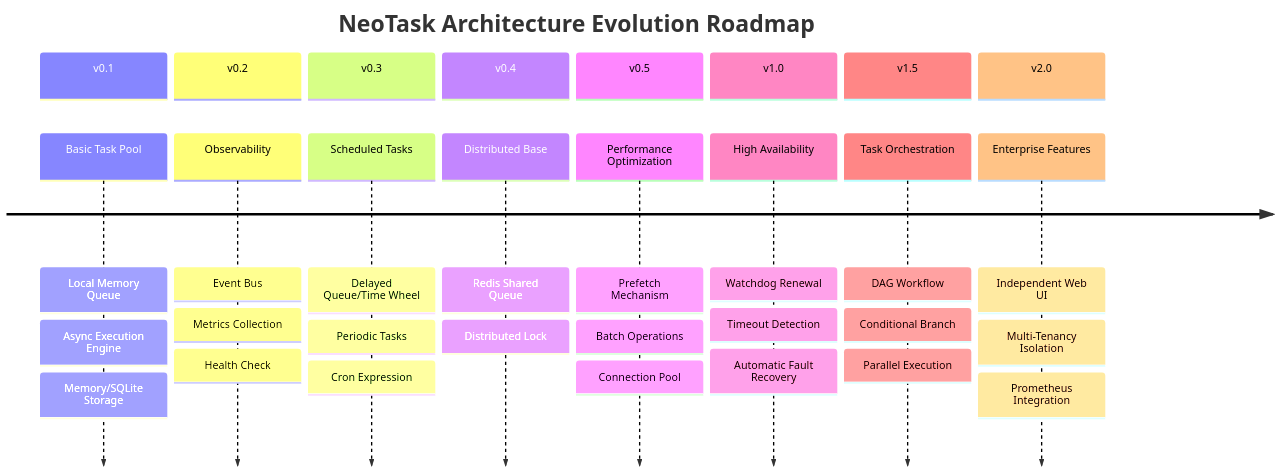
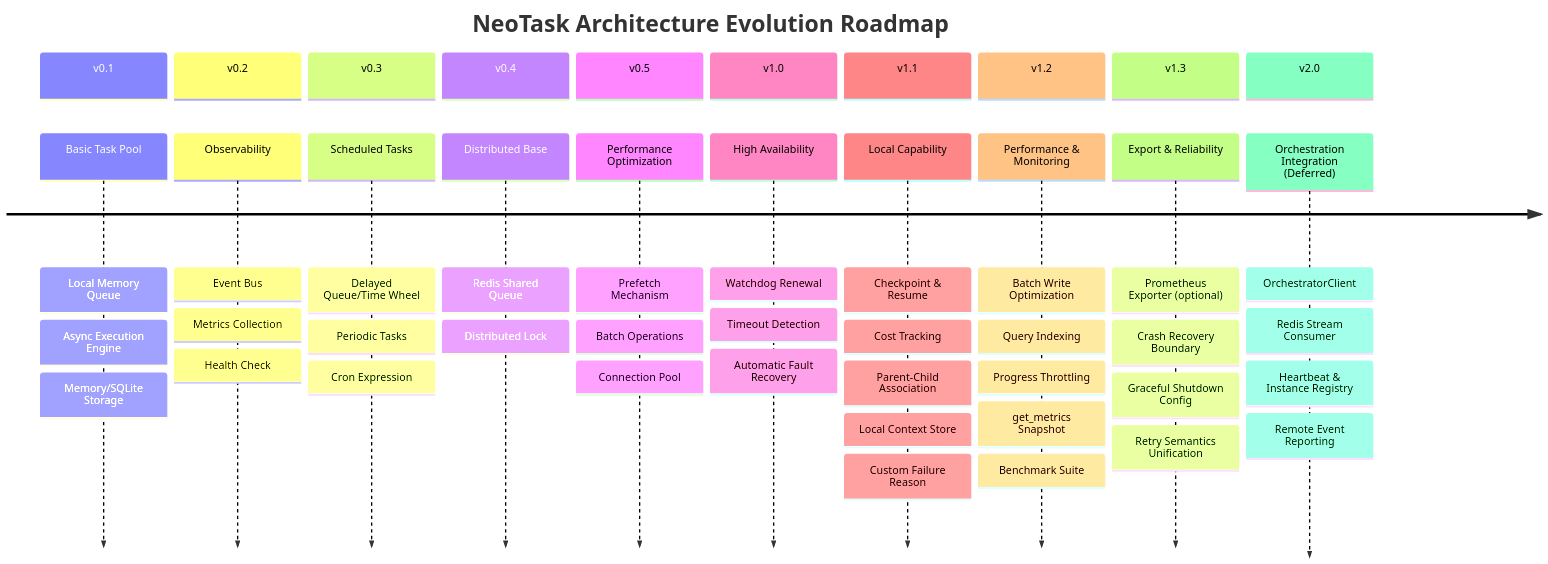
The second of 2 diagrams in README.md (neopen/neotask), drawn with Mermaid before and after one commit. The commit also changed other lines of this file and 1 other file, not shown here.

First line of the commit message:
docs: 更新 README 架构图、路线图与 v1.1 能力说明

````diff
--- a/README.md
+++ b/README.md
@@ -129,43 +147,59 @@
 ```mermaid
 timeline
     title NeoTask Architecture Evolution Roadmap
-    
+
     section v0.1
         Basic Task Pool : Local Memory Queue
                         : Async Execution Engine
                         : Memory/SQLite Storage
-                        
+
     section v0.2
         Observability : Event Bus
                       : Metrics Collection
                       : Health Check
-                      
+
     section v0.3
         Scheduled Tasks : Delayed Queue/Time Wheel
                         : Periodic Tasks
                         : Cron Expression
-                        
+
     section v0.4
         Distributed Base : Redis Shared Queue
                          : Distributed Lock
-                         
+
     section v0.5
         Performance Optimization : Prefetch Mechanism
                                 : Batch Operations
                                 : Connection Pool
 
     section v1.0
         High Availability : Watchdog Renewal
                           : Timeout Detection
                           : Automatic Fault Recovery
 
-    section v1.5
-        Task Orchestration : DAG Workflow
-                           : Conditional Branch
-                           : Parallel Execution
+    section v1.1
+        Local Capability : Checkpoint & Resume
+                        : Cost Tracking
+                        : Parent-Child Association
+                        : Local Context Store
+                        : Custom Failure Reason
+
+    section v1.2
+        Performance & Monitoring : Batch Write Optimization
+                                : Query Indexing
+                                : Progress Throttling
+                                : get_metrics Snapshot
+                                : Benchmark Suite
+
+    section v1.3
+        Export & Reliability : Prometheus Exporter (optional)
+                            : Crash Recovery Boundary
+                            : Graceful Shutdown Config
+                            : Retry Semantics Unification
 
     section v2.0
-        Enterprise Features : Independent Web UI
-                            : Multi-Tenancy Isolation
-                            : Prometheus Integration
+        Orchestration Integration (Deferred) : OrchestratorClient
+                                            : Redis Stream Consumer
+                                            : Heartbeat & Instance Registry
+                                            : Remote Event Reporting
 ```
````
